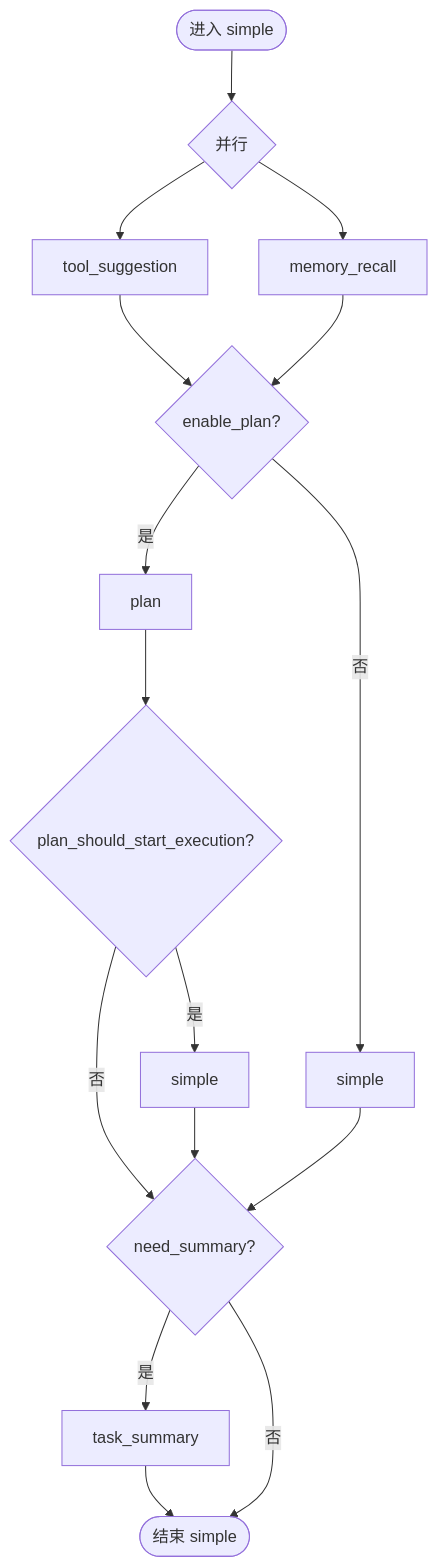
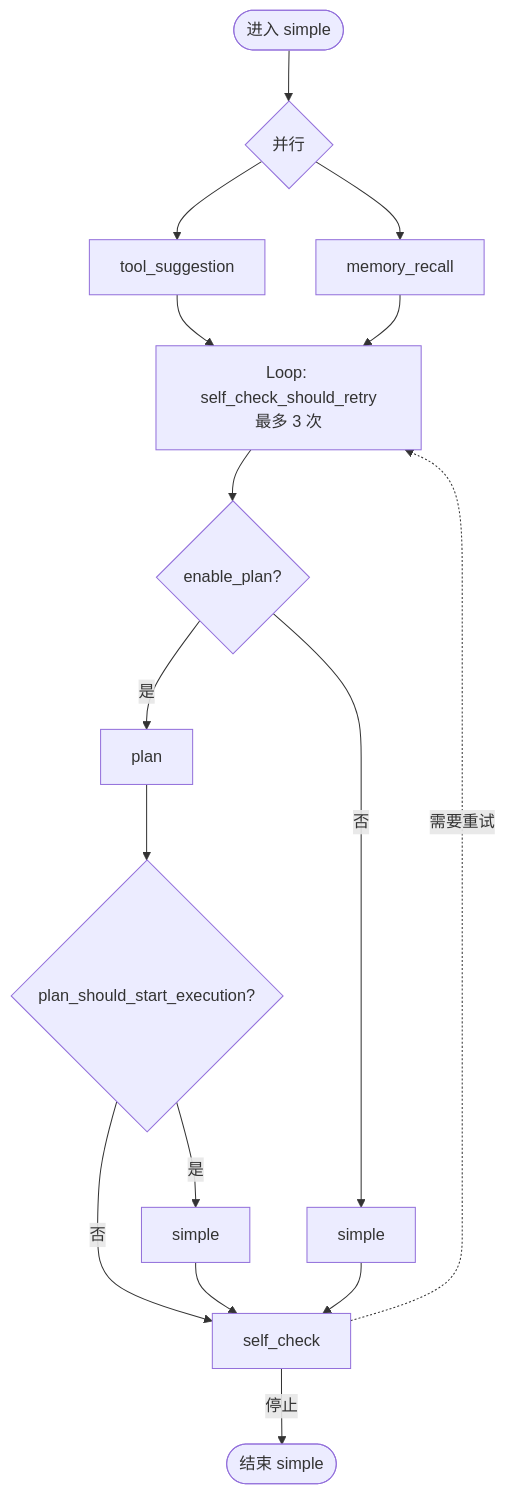
The eighth of 9 diagrams in docs/zh/architecture/ARCHITECTURE_SAGENTS_AGENT_FLOW.md (ZHangZHengEric/Sage), drawn with Mermaid before and after one commit. The commit also changed other lines of this file and 141 other files, not shown here.

````diff
--- a/docs/zh/architecture/ARCHITECTURE_SAGENTS_AGENT_FLOW.md
+++ b/docs/zh/architecture/ARCHITECTURE_SAGENTS_AGENT_FLOW.md
@@ -186,19 +172,20 @@
 ```mermaid
 flowchart TB
     S0([进入 simple]) --> Par1{并行}
     Par1 --> ToolSug1[tool_suggestion]
     Par1 --> Recall1[memory_recall]
-    ToolSug1 --> If1
-    Recall1 --> If1
+    ToolSug1 --> Loop1
+    Recall1 --> Loop1
+    Loop1[Loop: self_check_should_retry<br/>最多 3 次] --> If1
     If1{enable_plan?}
     If1 -->|是| Plan1[plan]
     Plan1 --> If2{plan_should_start_execution?}
     If2 -->|是| SimpleAgent1[simple]
-    If2 -->|否| Need
+    If2 -->|否| SC1
     If1 -->|否| SimpleAgent2[simple]
-    SimpleAgent1 --> Need
-    SimpleAgent2 --> Need
-    Need{need_summary?}
-    Need -->|是| Sum[task_summary] --> EndS
-    Need -->|否| EndS([结束 simple])
+    SimpleAgent1 --> SC1
+    SimpleAgent2 --> SC1
+    SC1[self_check]
+    SC1 -.需要重试.-> Loop1
+    SC1 -->|停止| EndS([结束 simple])
 ```
````
